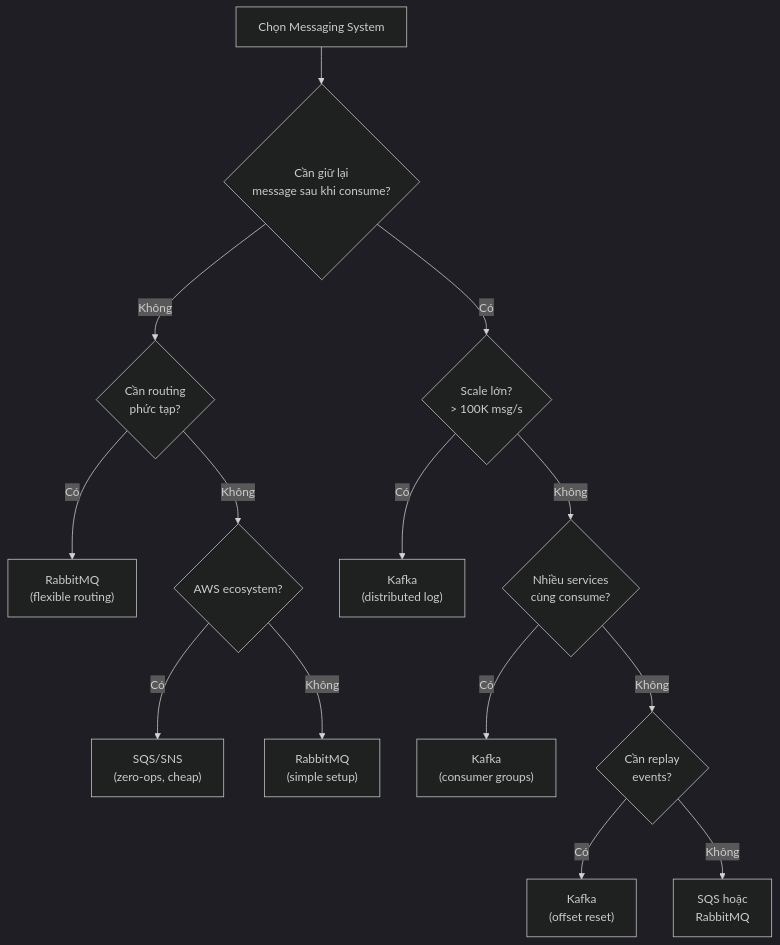
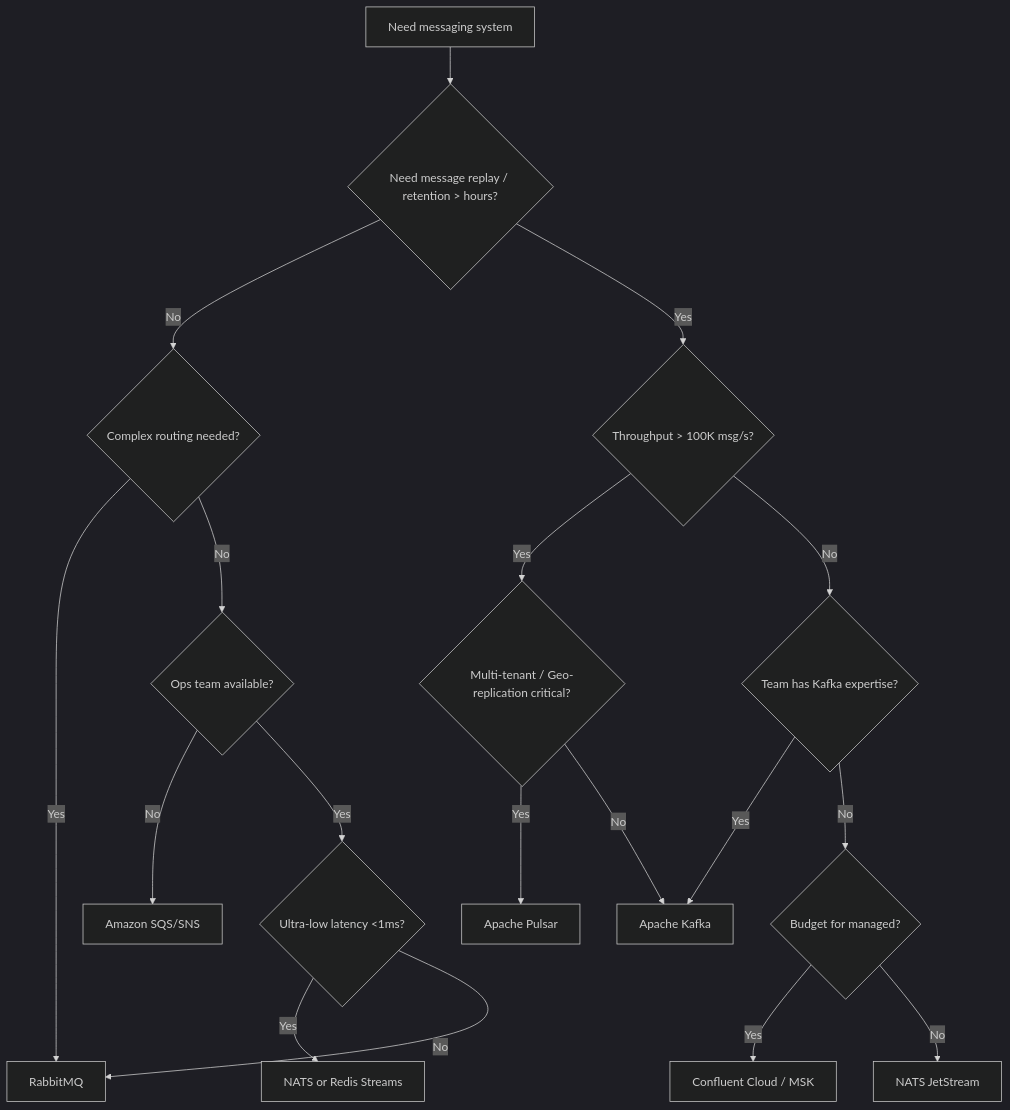
One commit to vanhiep99w/kafka-learn changed the diagram in content/docs/fundamentals/kafka-vs-others.md. Above: the diagram before and after it, drawn with Mermaid (dark theme). The commit also changed other lines of this file and 9 other files, not shown here.

````diff
--- a/content/docs/fundamentals/kafka-vs-others.md
+++ b/content/docs/fundamentals/kafka-vs-others.md
@@ -187,22 +521,20 @@
 ```mermaid
 flowchart TD
-    A[Chọn Messaging System] --> B{Cần giữ lại\nmessage sau khi consume?}
-
-    B -->|Không| C{Cần routing\nphức tạp?}
-    B -->|Có| D{Scale lớn?\n> 100K msg/s}
-
-    C -->|Có| E["RabbitMQ\n(flexible routing)"]
-    C -->|Không| F{AWS ecosystem?}
-
-    F -->|Có| G["SQS/SNS\n(zero-ops, cheap)"]
-    F -->|Không| H["RabbitMQ\n(simple setup)"]
-
-    D -->|Có| I["Kafka\n(distributed log)"]
-    D -->|Không| J{Nhiều services\ncùng consume?}
-
-    J -->|Có| K["Kafka\n(consumer groups)"]
-    J -->|Không| L{Cần replay\nevents?}
-
-    L -->|Có| M["Kafka\n(offset reset)"]
-    L -->|Không| N["SQS hoặc\nRabbitMQ"]
+    A["Need messaging system"] --> B{"Need message replay / retention > hours?"}
+    B -->|No| C{"Complex routing needed?"}
+    B -->|Yes| D{"Throughput > 100K msg/s?"}
+    C -->|Yes| E["RabbitMQ"]
+    C -->|No| F{"Ops team available?"}
+    F -->|No| G["Amazon SQS/SNS"]
+    F -->|Yes| H{"Ultra-low latency <1ms?"}
+    H -->|Yes| I["NATS or Redis Streams"]
+    H -->|No| E
+    D -->|Yes| J{"Multi-tenant / Geo-replication critical?"}
+    D -->|No| K{"Team has Kafka expertise?"}
+    J -->|Yes| L["Apache Pulsar"]
+    J -->|No| M["Apache Kafka"]
+    K -->|Yes| M
+    K -->|No| N{"Budget for managed?"}
+    N -->|Yes| O["Confluent Cloud / MSK"]
+    N -->|No| P["NATS JetStream"]
 ```
````
